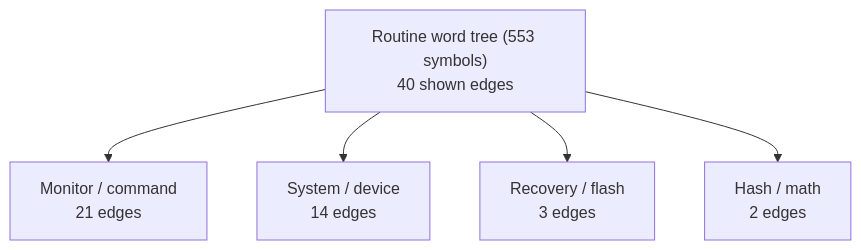
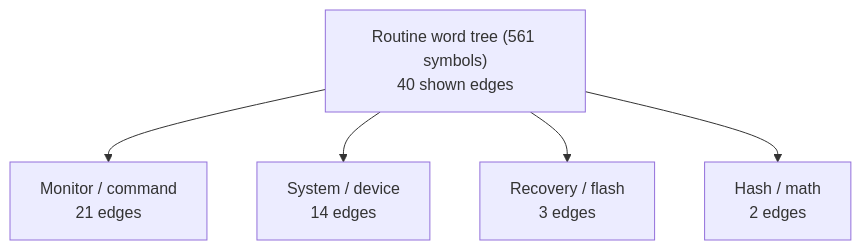
One commit to 95westus/R-YORS changed the first of 7 diagrams in DOC/GENERATED/ROUTINE_WORD_TREE.md. Above: the diagram before and after it, drawn with Mermaid. The commit also changed other lines of this file and 25 other files, not shown here.

````diff
--- a/DOC/GENERATED/ROUTINE_WORD_TREE.md
+++ b/DOC/GENERATED/ROUTINE_WORD_TREE.md
@@ -16,7 +16,7 @@
 ```mermaid
 flowchart TD
-    MAP_ROOT_ROUTINE_WORD_TREE__553_SYMBOLS_["Routine word tree (553 symbols)<br/>40 shown edges"] --> MAP_FAMILY_MONITOR___COMMAND["Monitor / command<br/>21 edges"]
-    MAP_ROOT_ROUTINE_WORD_TREE__553_SYMBOLS_["Routine word tree (553 symbols)<br/>40 shown edges"] --> MAP_FAMILY_SYSTEM___DEVICE["System / device<br/>14 edges"]
-    MAP_ROOT_ROUTINE_WORD_TREE__553_SYMBOLS_["Routine word tree (553 symbols)<br/>40 shown edges"] --> MAP_FAMILY_RECOVERY___FLASH["Recovery / flash<br/>3 edges"]
-    MAP_ROOT_ROUTINE_WORD_TREE__553_SYMBOLS_["Routine word tree (553 symbols)<br/>40 shown edges"] --> MAP_FAMILY_HASH___MATH["Hash / math<br/>2 edges"]
+    MAP_ROOT_ROUTINE_WORD_TREE__561_SYMBOLS_["Routine word tree (561 symbols)<br/>40 shown edges"] --> MAP_FAMILY_MONITOR___COMMAND["Monitor / command<br/>21 edges"]
+    MAP_ROOT_ROUTINE_WORD_TREE__561_SYMBOLS_["Routine word tree (561 symbols)<br/>40 shown edges"] --> MAP_FAMILY_SYSTEM___DEVICE["System / device<br/>14 edges"]
+    MAP_ROOT_ROUTINE_WORD_TREE__561_SYMBOLS_["Routine word tree (561 symbols)<br/>40 shown edges"] --> MAP_FAMILY_RECOVERY___FLASH["Recovery / flash<br/>3 edges"]
+    MAP_ROOT_ROUTINE_WORD_TREE__561_SYMBOLS_["Routine word tree (561 symbols)<br/>40 shown edges"] --> MAP_FAMILY_HASH___MATH["Hash / math<br/>2 edges"]
 ```
````
